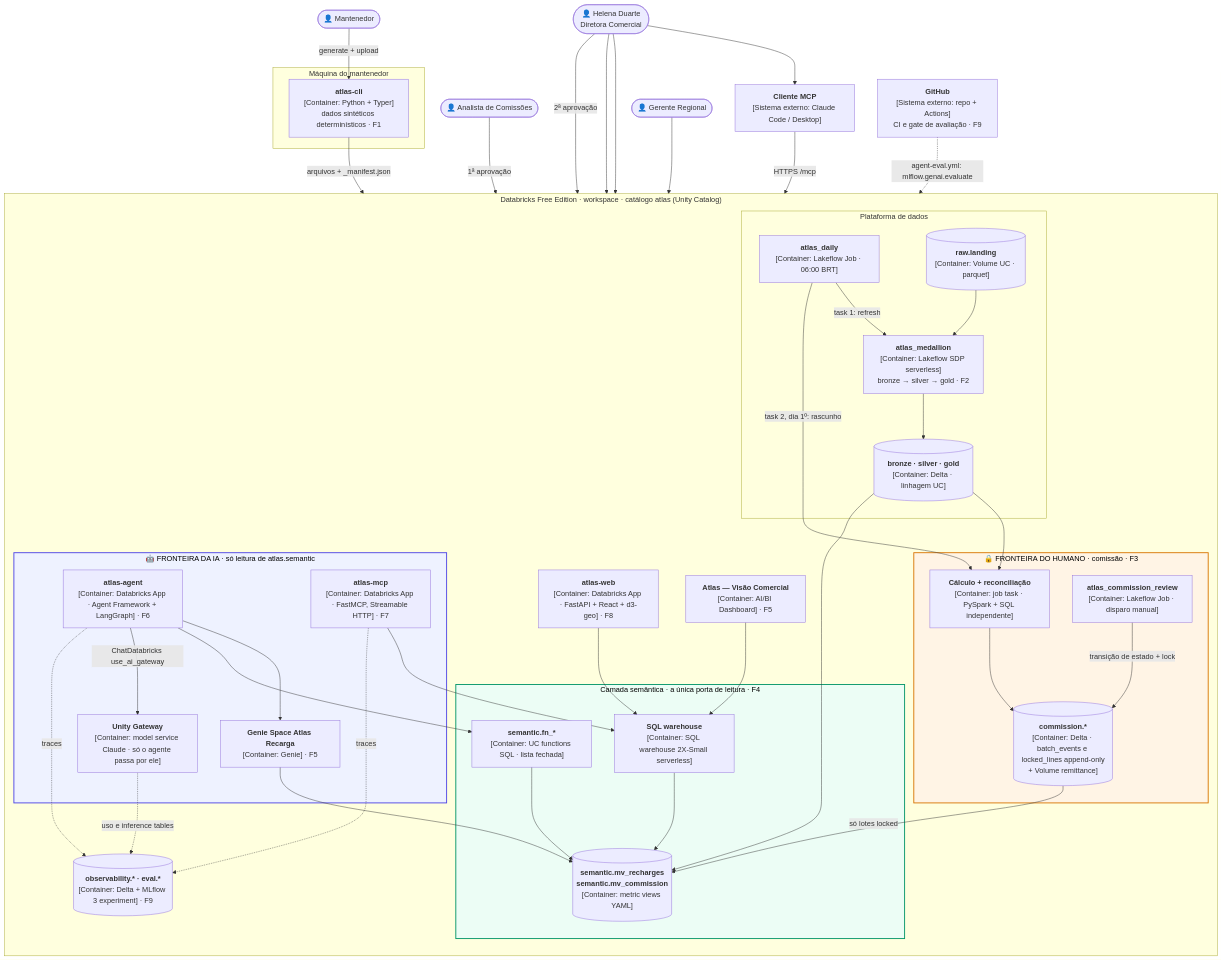
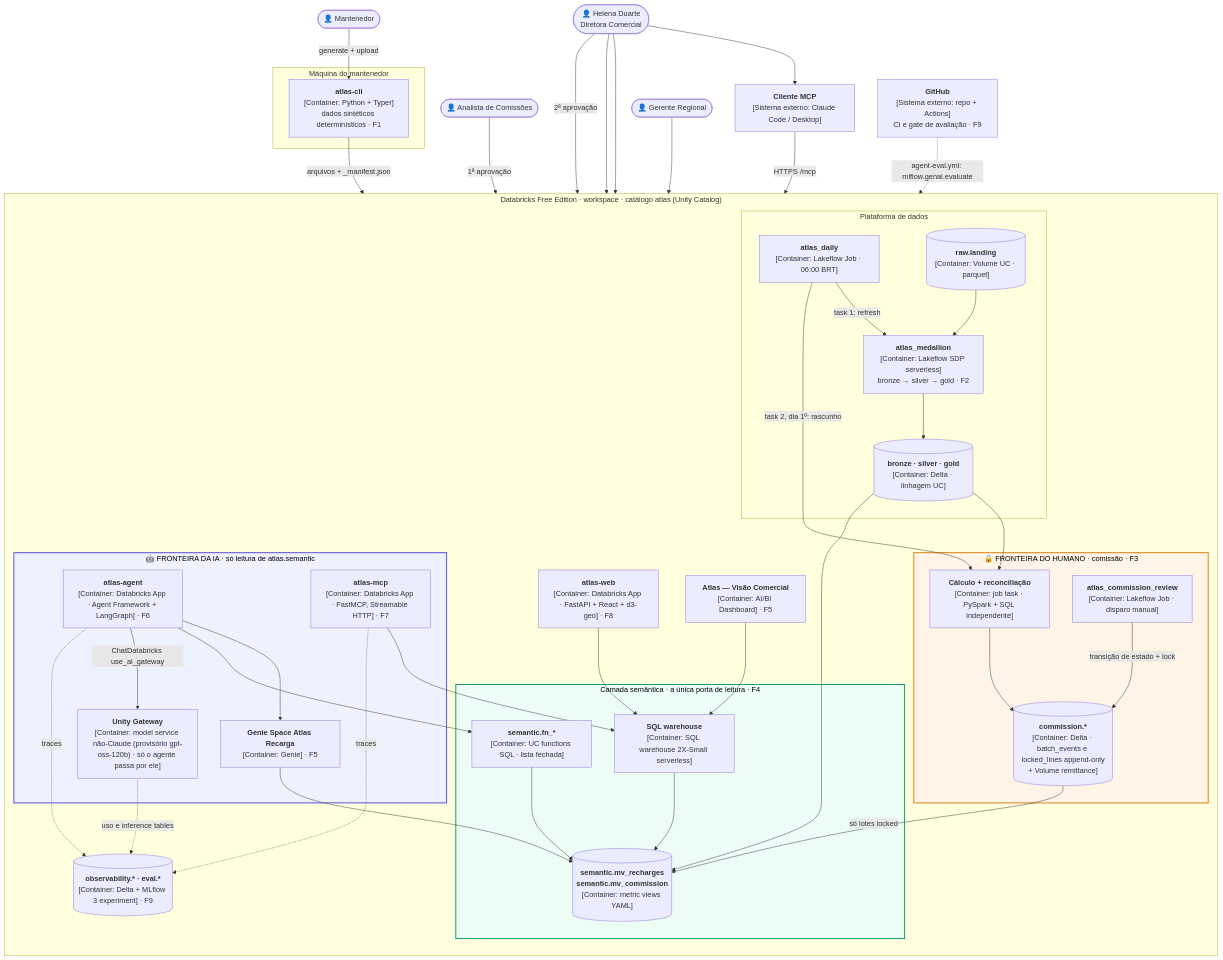
Before and after one commit to AndreFelippeVidal/atlas-recarga: the first of 2 diagrams in docs/architecture.md, drawn with Mermaid. The commit also changed other lines of this file and 6 other files, not shown here.

```diff
--- a/docs/architecture.md
+++ b/docs/architecture.md
@@ -51,7 +51,7 @@
             agent["<b>atlas-agent</b><br/>[Container: Databricks App · Agent Framework + LangGraph] · F6"]
             mcp["<b>atlas-mcp</b><br/>[Container: Databricks App · FastMCP, Streamable HTTP] · F7"]
             genie["<b>Genie Space Atlas Recarga</b><br/>[Container: Genie] · F5"]
-            gateway["<b>Unity Gateway</b><br/>[Container: model service Claude · só o agente passa por ele]"]
+            gateway["<b>Unity Gateway</b><br/>[Container: model service não-Claude (provisório gpt-oss-120b) · só o agente passa por ele]"]
         end
 
         web["<b>atlas-web</b><br/>[Container: Databricks App · FastAPI + React + d3-geo] · F8"]
```
